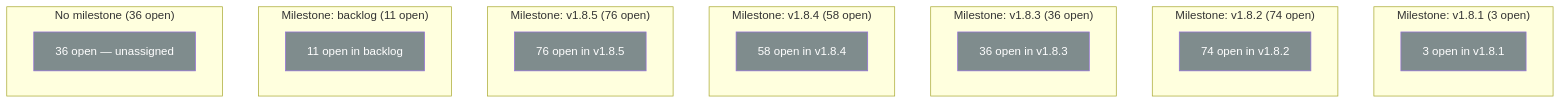
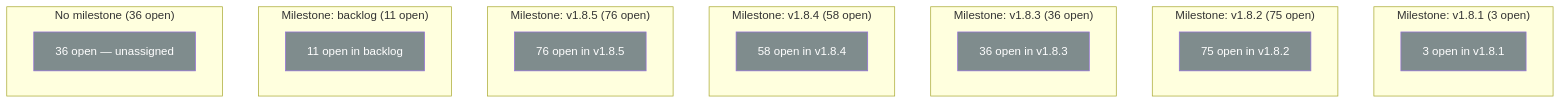
One commit to DataBoar/data-boar changed the diagram in docs/ops/ISSUE_QUEUE_SEQUENCING_MAP.md. Above: the diagram before and after it, drawn with Mermaid. The commit also changed other lines of this file and 25 other files, not shown here.

````diff
--- a/docs/ops/ISSUE_QUEUE_SEQUENCING_MAP.md
+++ b/docs/ops/ISSUE_QUEUE_SEQUENCING_MAP.md
@@ -11,36 +11,36 @@
 ```mermaid
 flowchart TD
 
 subgraph ms_1["Milestone: v1.8.1 (3 open)"]
   n1["3 open in v1.8.1"]:::p3
 end
 
-subgraph ms_2["Milestone: v1.8.2 (74 open)"]
-  n2["74 open in v1.8.2"]:::p3
+subgraph ms_2["Milestone: v1.8.2 (75 open)"]
+  n2["75 open in v1.8.2"]:::p3
 end
 
 subgraph ms_3["Milestone: v1.8.3 (36 open)"]
   n3["36 open in v1.8.3"]:::p3
 end
 
 subgraph ms_4["Milestone: v1.8.4 (58 open)"]
   n4["58 open in v1.8.4"]:::p3
 end
 
 subgraph ms_5["Milestone: v1.8.5 (76 open)"]
   n5["76 open in v1.8.5"]:::p3
 end
 
 subgraph ms_6["Milestone: backlog (11 open)"]
   n6["11 open in backlog"]:::p3
 end
 
 subgraph unassigned["No milestone (36 open)"]
   n7["36 open — unassigned"]:::p3
 end
 
 classDef p0 fill:#c0392b,color:#fff
 classDef p1 fill:#e67e22,color:#fff
 classDef p2 fill:#2980b9,color:#fff
 classDef p3 fill:#7f8c8d,color:#fff
 ```
````
